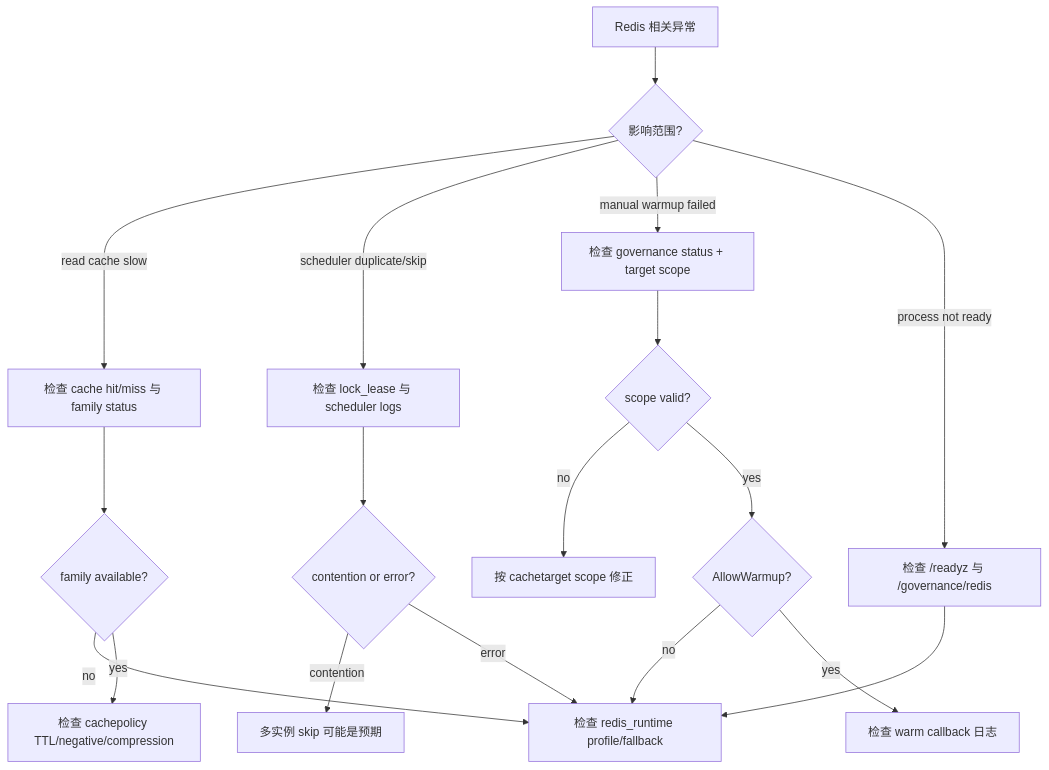
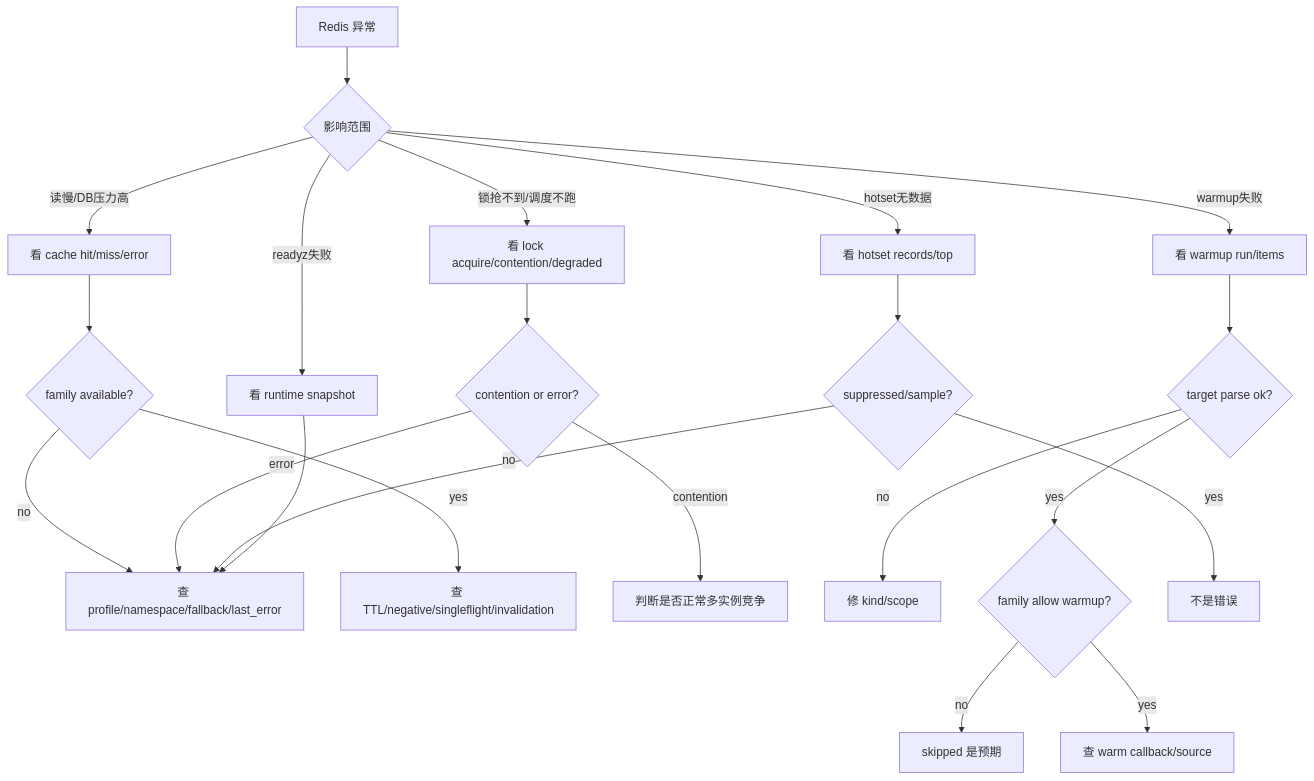
Before and after one commit to FangcunMount/qs-server: the second of 2 diagrams in docs/03-基础设施/redis/08-观测降级与排障.md, drawn with Mermaid. The commit also changed other lines of this file and 10 other files, not shown here.

````diff
--- a/docs/03-基础设施/redis/08-观测降级与排障.md
+++ b/docs/03-基础设施/redis/08-观测降级与排障.md
@@ -17,24 +588,29 @@
 ```mermaid
 flowchart TD
-    Start["Redis 相关异常"] --> Scope{"影响范围?"}
-    Scope -->|read cache slow| Cache["检查 cache hit/miss 与 family status"]
-    Scope -->|scheduler duplicate/skip| Lock["检查 lock_lease 与 scheduler logs"]
-    Scope -->|manual warmup failed| Gov["检查 governance status + target scope"]
-    Scope -->|process not ready| Ready["检查 /readyz 与 /governance/redis"]
+    Start["Redis 异常"] --> Scope{"影响范围"}
+    Scope -->|读慢/DB压力高| Cache["看 cache hit/miss/error"]
+    Scope -->|锁抢不到/调度不跑| Lock["看 lock acquire/contention/degraded"]
+    Scope -->|warmup失败| Warm["看 warmup run/items"]
+    Scope -->|hotset无数据| Hot["看 hotset records/top"]
+    Scope -->|readyz失败| Ready["看 runtime snapshot"]
 
     Cache --> Family{"family available?"}
-    Family -->|no| Profile["检查 redis_runtime profile/fallback"]
-    Family -->|yes| Policy["检查 cachepolicy TTL/negative/compression"]
+    Family -->|no| Profile["查 profile/namespace/fallback/last_error"]
+    Family -->|yes| Policy["查 TTL/negative/singleflight/invalidation"]
 
-    Lock --> Lease{"contention or error?"}
-    Lease -->|contention| Expected["多实例 skip 可能是预期"]
-    Lease -->|error| Profile
+    Lock --> Contention{"contention or error?"}
+    Contention -->|contention| Expected["判断是否正常多实例竞争"]
+    Contention -->|error| Profile
 
-    Gov --> Target{"scope valid?"}
-    Target -->|no| FixScope["按 cachetarget scope 修正"]
-    Target -->|yes| Warmup{"AllowWarmup?"}
-    Warmup -->|no| Profile
-    Warmup -->|yes| Callback["检查 warm callback 日志"]
+    Warm --> Target{"target parse ok?"}
+    Target -->|no| ScopeFix["修 kind/scope"]
+    Target -->|yes| Allow{"family allow warmup?"}
+    Allow -->|no| Skip["skipped 是预期"]
+    Allow -->|yes| Callback["查 warm callback/source"]
+
+    Hot --> Suppressed{"suppressed/sample?"}
+    Suppressed -->|yes| NotError["不是错误"]
+    Suppressed -->|no| Profile
 
     Ready --> Profile
 ```
````
